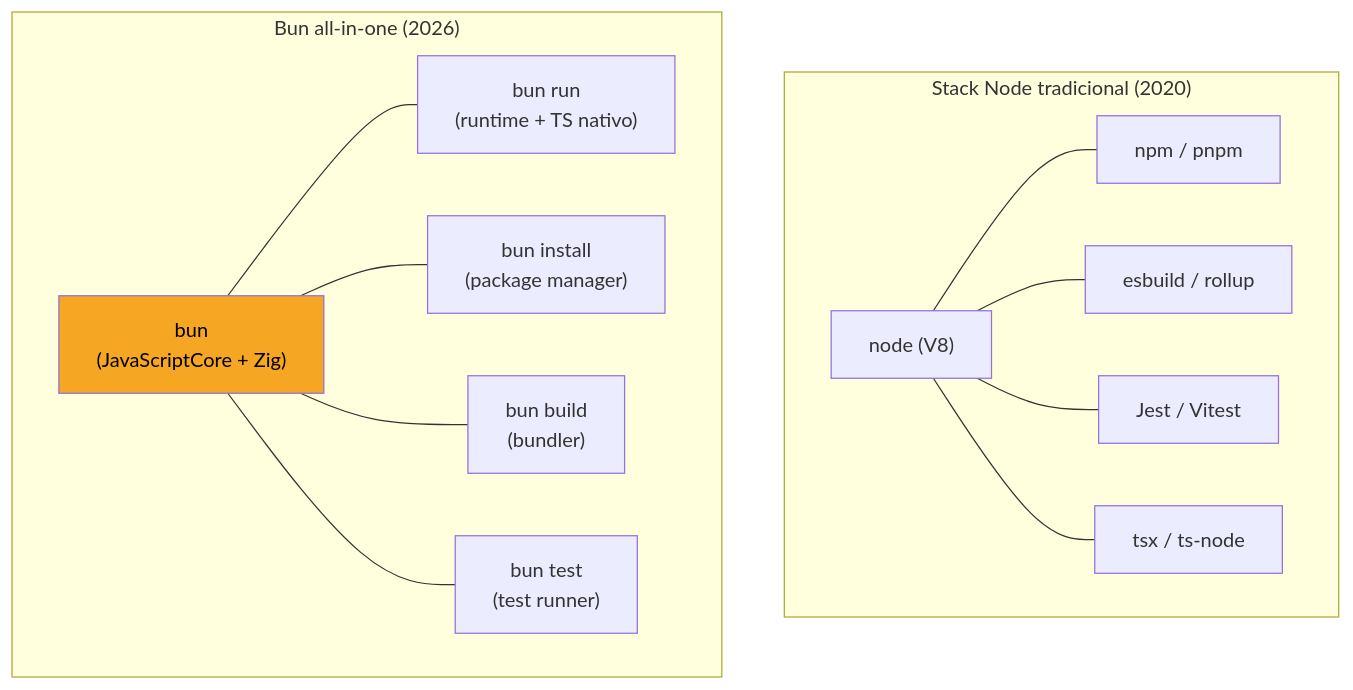
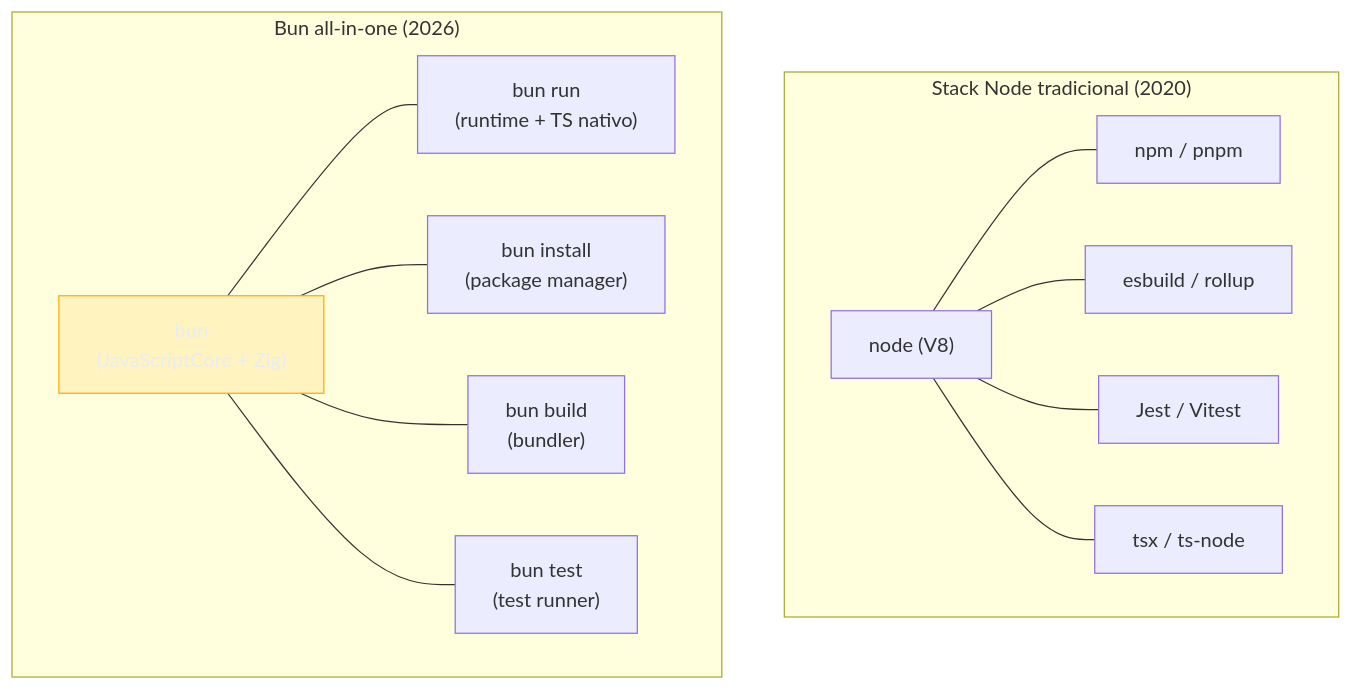
One commit to josenaldo/codex-technomanticus changed the first of 8 diagrams in 03-Dominios/Tecnologia/Tooling e Build/20 - Bun como runtime e toolkit all-in-one.md. Above: the diagram before and after it, drawn with Mermaid. The commit also changed other lines of this file and 1181 other files, not shown here.

First line of the commit message:
fix(diagramas): paleta do sistema no lugar de cor cravada no markdown

````diff
--- a/03-Dominios/Tecnologia/Tooling e Build/20 - Bun como runtime e toolkit all-in-one.md
+++ b/03-Dominios/Tecnologia/Tooling e Build/20 - Bun como runtime e toolkit all-in-one.md
@@ -40,28 +40,29 @@
 ```mermaid
 graph TD
+    classDef destaque fill:#FFAA0024,stroke:#FFAA00,color:#E9ECF2
     subgraph "Stack Node tradicional (2020)"
         N["node (V8)"]
         NM["npm / pnpm"]
         EB["esbuild / rollup"]
         JT["Jest / Vitest"]
         TX["tsx / ts-node"]
         N --- NM
         N --- EB
         N --- JT
         N --- TX
     end
 
     subgraph "Bun all-in-one (2026)"
         BUN["bun\n(JavaScriptCore + Zig)"]
         BR["bun run\n(runtime + TS nativo)"]
         BI["bun install\n(package manager)"]
         BB["bun build\n(bundler)"]
         BT["bun test\n(test runner)"]
         BUN --- BR
         BUN --- BI
         BUN --- BB
         BUN --- BT
     end
 
-    style BUN fill:#f5a623,color:#000
+    class BUN destaque
 ```
````
